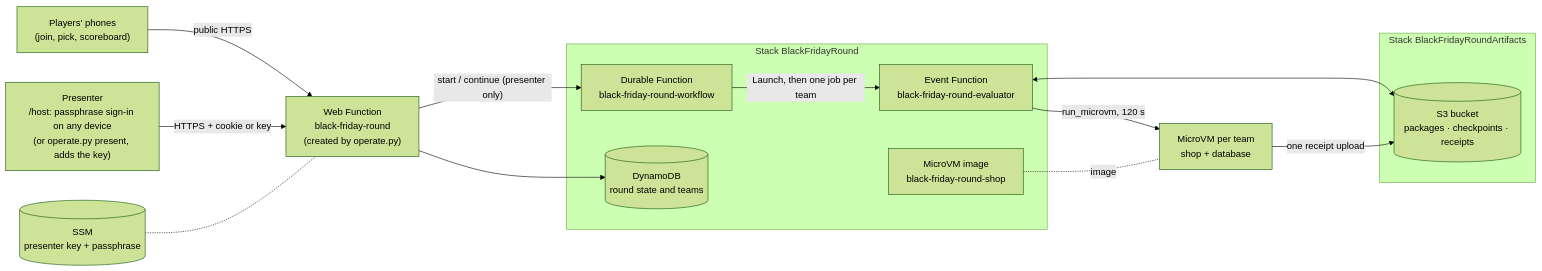
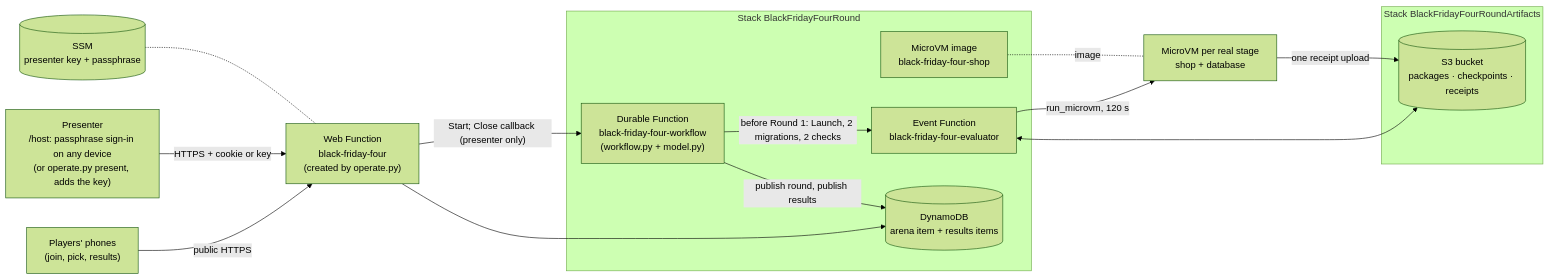
One commit to grumpydevorg/blackfriday changed the second of 5 diagrams in docs/architecture.md. Above: the diagram before and after it, drawn with Mermaid (forest theme). The commit also changed other lines of this file and 4 other files, not shown here.

First line of the commit message:
docs: four-round game as built (real vs modelled, three deployments)

````diff
--- a/docs/architecture.md
+++ b/docs/architecture.md
@@ -58,23 +61,24 @@
 ```mermaid
 flowchart LR
-  Ph["Players' phones<br/>(join, pick, scoreboard)"] -->|"public HTTPS"| W
+  Ph["Players' phones<br/>(join, pick, results)"] -->|"public HTTPS"| W
   P["Presenter<br/>/host: passphrase sign-in on any device<br/>(or operate.py present, adds the key)"] -->|"HTTPS + cookie or key"| W
-  W["Web Function<br/>black-friday-round<br/>(created by operate.py)"]
+  W["Web Function<br/>black-friday-four<br/>(created by operate.py)"]
   K[("SSM<br/>presenter key + passphrase")] -.- W
-  subgraph R["Stack BlackFridayRound"]
-    D["Durable Function<br/>black-friday-round-workflow"]
-    E["Event Function<br/>black-friday-round-evaluator"]
-    M["MicroVM image<br/>black-friday-round-shop"]
-    T[("DynamoDB<br/>round state and teams")]
+  subgraph R["Stack BlackFridayFourRound"]
+    D["Durable Function<br/>black-friday-four-workflow<br/>(workflow.py + model.py)"]
+    E["Event Function<br/>black-friday-four-evaluator"]
+    M["MicroVM image<br/>black-friday-four-shop"]
+    T[("DynamoDB<br/>arena item + results items")]
   end
-  subgraph A["Stack BlackFridayRoundArtifacts"]
+  subgraph A["Stack BlackFridayFourRoundArtifacts"]
     S3[("S3 bucket<br/>packages · checkpoints · receipts")]
   end
   W --> T
-  W -->|"start / continue (presenter only)"| D
-  D -->|"Launch, then one job per team"| E
-  E -->|"run_microvm, 120 s"| V["MicroVM per team<br/>shop + database"]
+  W -->|"Start; Close callback (presenter only)"| D
+  D -->|"before Round 1: Launch, 2 migrations, 2 checks"| E
+  E -->|"run_microvm, 120 s"| V["MicroVM per real stage<br/>shop + database"]
   M -.image.- V
   E <--> S3
   V -->|"one receipt upload"| S3
+  D -->|"publish round, publish results"| T
 ```
````
